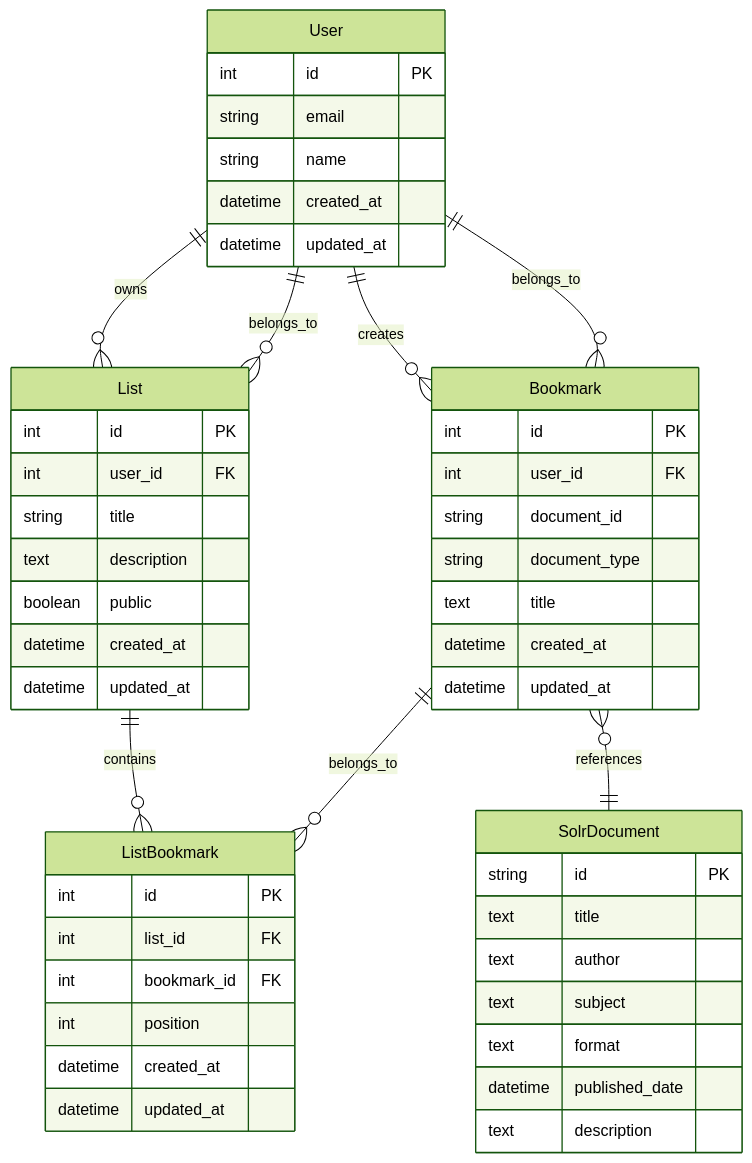
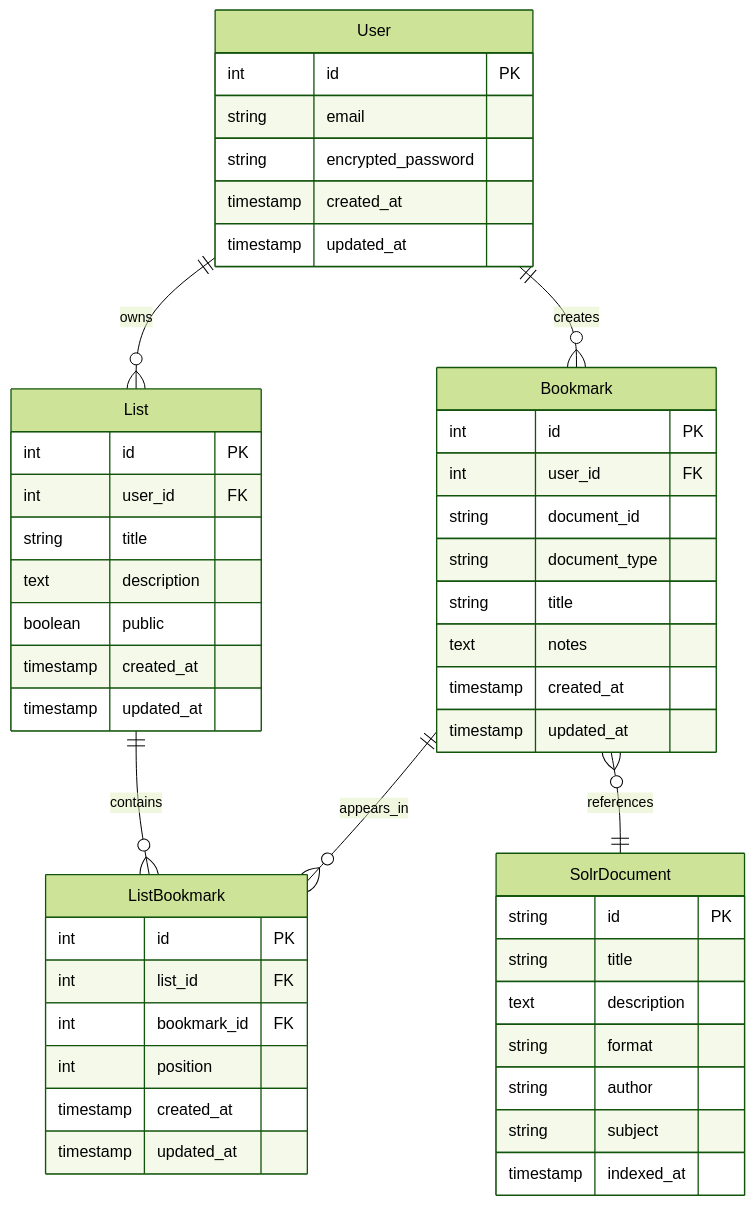
Before and after one commit to yetti-bytes/blacklight_lists: the diagram in docs/erd.md, drawn with Mermaid (forest theme).

Commit message:
feat: update ERD diagram (#2)

````diff
--- a/docs/erd.md
+++ b/docs/erd.md
@@ -1,59 +1,56 @@
 ```mermaid
 erDiagram
     User {
         int id PK
         string email
-        string name
-        datetime created_at
-        datetime updated_at
+        string encrypted_password
+        timestamp created_at
+        timestamp updated_at
     }
     
     List {
         int id PK
         int user_id FK
         string title
         text description
         boolean public
-        datetime created_at
-        datetime updated_at
+        timestamp created_at
+        timestamp updated_at
     }
     
     Bookmark {
         int id PK
         int user_id FK
         string document_id
         string document_type
-        text title
-        datetime created_at
-        datetime updated_at
+        string title
+        text notes
+        timestamp created_at
+        timestamp updated_at
     }
     
     ListBookmark {
         int id PK
         int list_id FK
         int bookmark_id FK
         int position
-        datetime created_at
-        datetime updated_at
+        timestamp created_at
+        timestamp updated_at
     }
     
     SolrDocument {
         string id PK
-        text title
-        text author
-        text subject
-        text format
-        datetime published_date
+        string title
         text description
+        string format
+        string author
+        string subject
+        timestamp indexed_at
     }
     
     User ||--o{ List : "owns"
     User ||--o{ Bookmark : "creates"
     List ||--o{ ListBookmark : "contains"
-    Bookmark ||--o{ ListBookmark : "belongs_to"
+    Bookmark ||--o{ ListBookmark : "appears_in"
     Bookmark }o--|| SolrDocument : "references"
-    
-    %% Additional relationships
-    List }o--|| User : "belongs_to"
-    Bookmark }o--|| User : "belongs_to"
 ```
````
